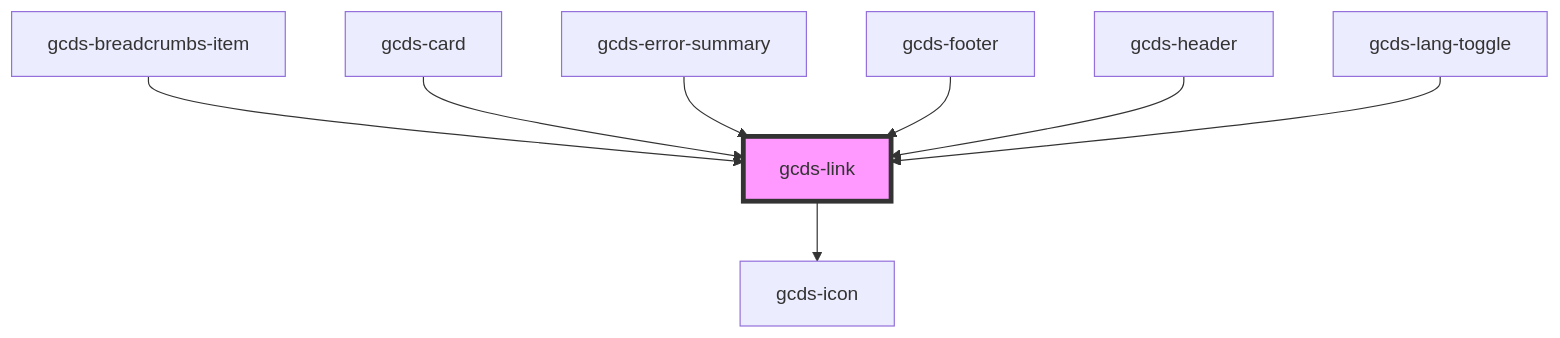
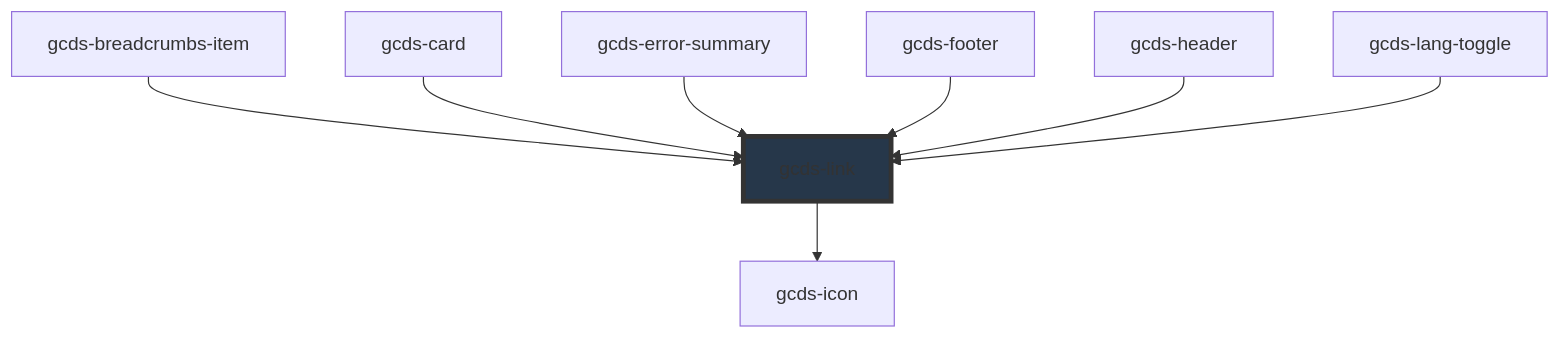
One commit to cds-snc/gcds-components changed the diagram in packages/web/src/components/gcds-link/readme.md. Above: the diagram before and after it, drawn with Mermaid. The commit also changed other lines of this file and 44 other files, not shown here.

````diff
--- a/packages/web/src/components/gcds-link/readme.md
+++ b/packages/web/src/components/gcds-link/readme.md
@@ -48,11 +55,11 @@
 ```mermaid
 graph TD;
   gcds-link --> gcds-icon
   gcds-breadcrumbs-item --> gcds-link
   gcds-card --> gcds-link
   gcds-error-summary --> gcds-link
   gcds-footer --> gcds-link
   gcds-header --> gcds-link
   gcds-lang-toggle --> gcds-link
-  style gcds-link fill:#f9f,stroke:#333,stroke-width:4px
+  style gcds-link fill:#26374a,stroke:#333,stroke-width:4px
 ```
````
